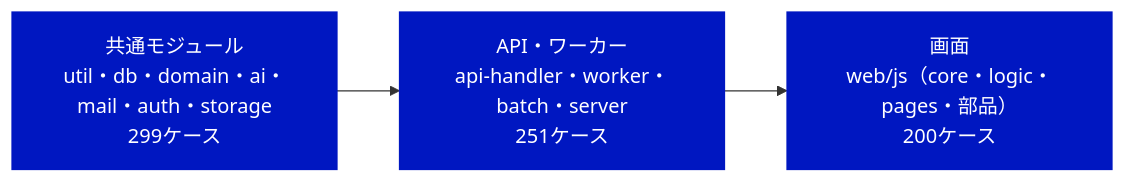
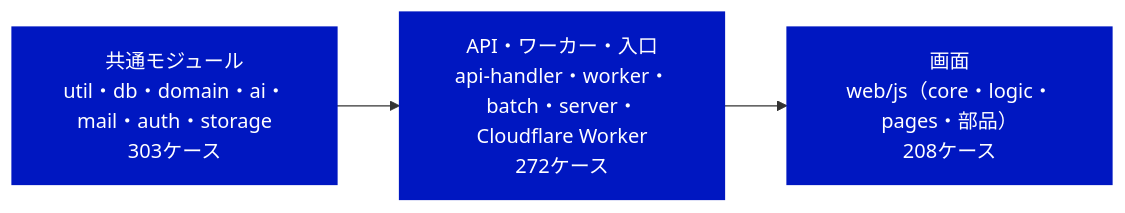
One commit to pocarialice/rpglearning changed the first of 4 diagrams in documents/モジュールテスト結果報告書_RPG学習アプリ.md. Above: the diagram before and after it, drawn with Mermaid. The commit also changed other lines of this file and 12 other files, not shown here.

````diff
--- a/documents/モジュールテスト結果報告書_RPG学習アプリ.md
+++ b/documents/モジュールテスト結果報告書_RPG学習アプリ.md
@@ -23,7 +23,7 @@
 ```mermaid
 flowchart LR
-  A["共通モジュール<br>util・db・domain・ai・mail・auth・storage<br>299ケース"]:::done --> B["API・ワーカー<br>api-handler・worker・batch・server<br>251ケース"]:::done
-  B --> C["画面<br>web/js（core・logic・pages・部品）<br>200ケース"]:::done
+  A["共通モジュール<br>util・db・domain・ai・mail・auth・storage<br>303ケース"]:::done --> B["API・ワーカー・入口<br>api-handler・worker・batch・server・Cloudflare Worker<br>272ケース"]:::done
+  B --> C["画面<br>web/js（core・logic・pages・部品）<br>208ケース"]:::done
   classDef done fill:#0017C1,color:#fff,stroke:#0017C1
   classDef todo fill:#fff,color:#414141,stroke:#B4B4B4,stroke-dasharray:4 3
 ```
````
